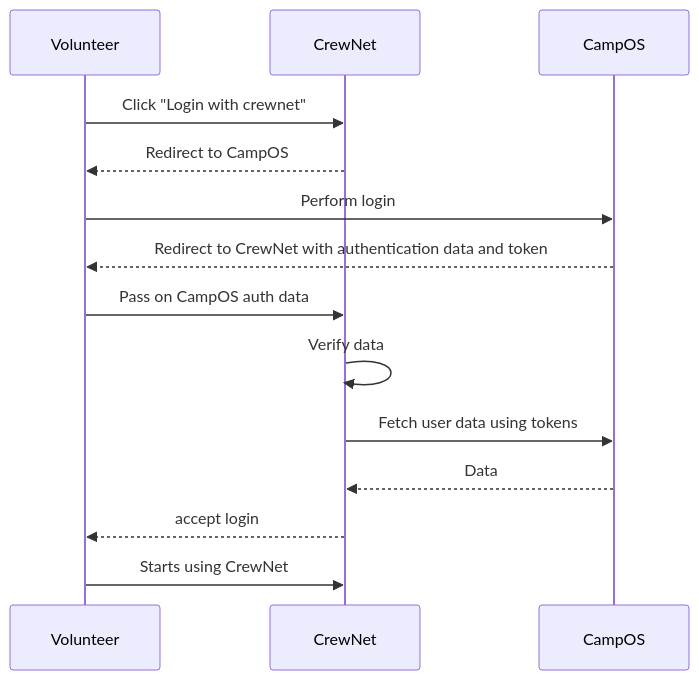
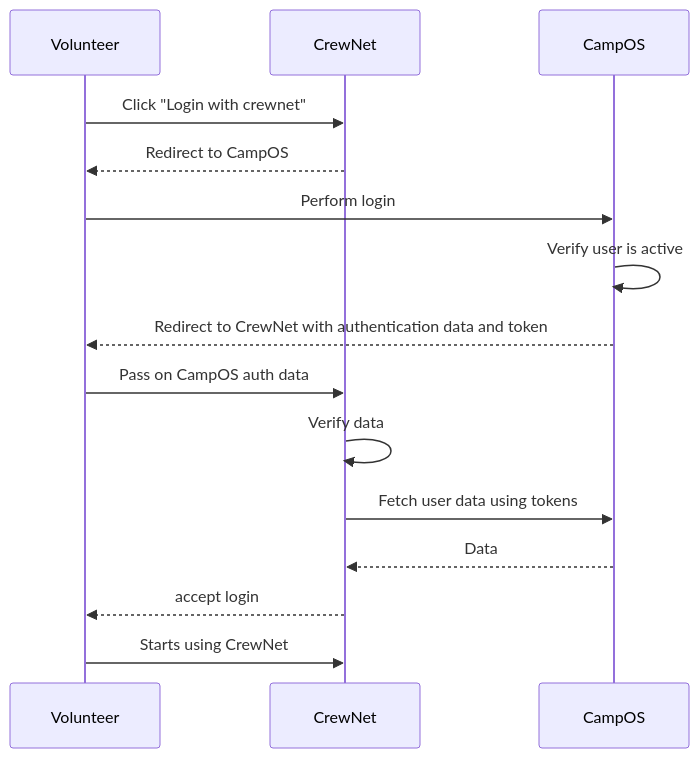
One commit to Spejderneslejr/crewnet-integration changed the fourth of 6 diagrams in docs/flow.md. Above: the diagram before and after it, drawn with Mermaid. The commit also changed other lines of this file, not shown here.

Commit message:
Updated flow documentation

````diff
--- a/docs/flow.md
+++ b/docs/flow.md
@@ -106,17 +100,18 @@
 ```mermaid
 sequenceDiagram
     participant user as Volunteer
     participant crewnet as CrewNet
     participant campos as CampOS
 
 user ->> crewnet: Click "Login with crewnet"
 crewnet -->> user: Redirect to CampOS
 user ->> campos: Perform login
+campos ->> campos: Verify user is active
 campos -->> user: Redirect to CrewNet with authentication data and token
 user ->> crewnet: Pass on CampOS auth data
 crewnet ->> crewnet: Verify data
 crewnet ->> campos: Fetch user data using tokens
 campos -->> crewnet: Data
 crewnet -->> user: accept login
 user ->> crewnet: Starts using CrewNet
 ```
````
